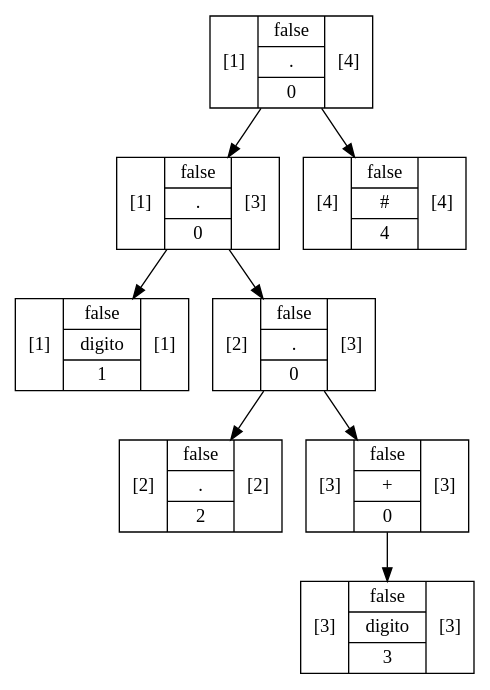
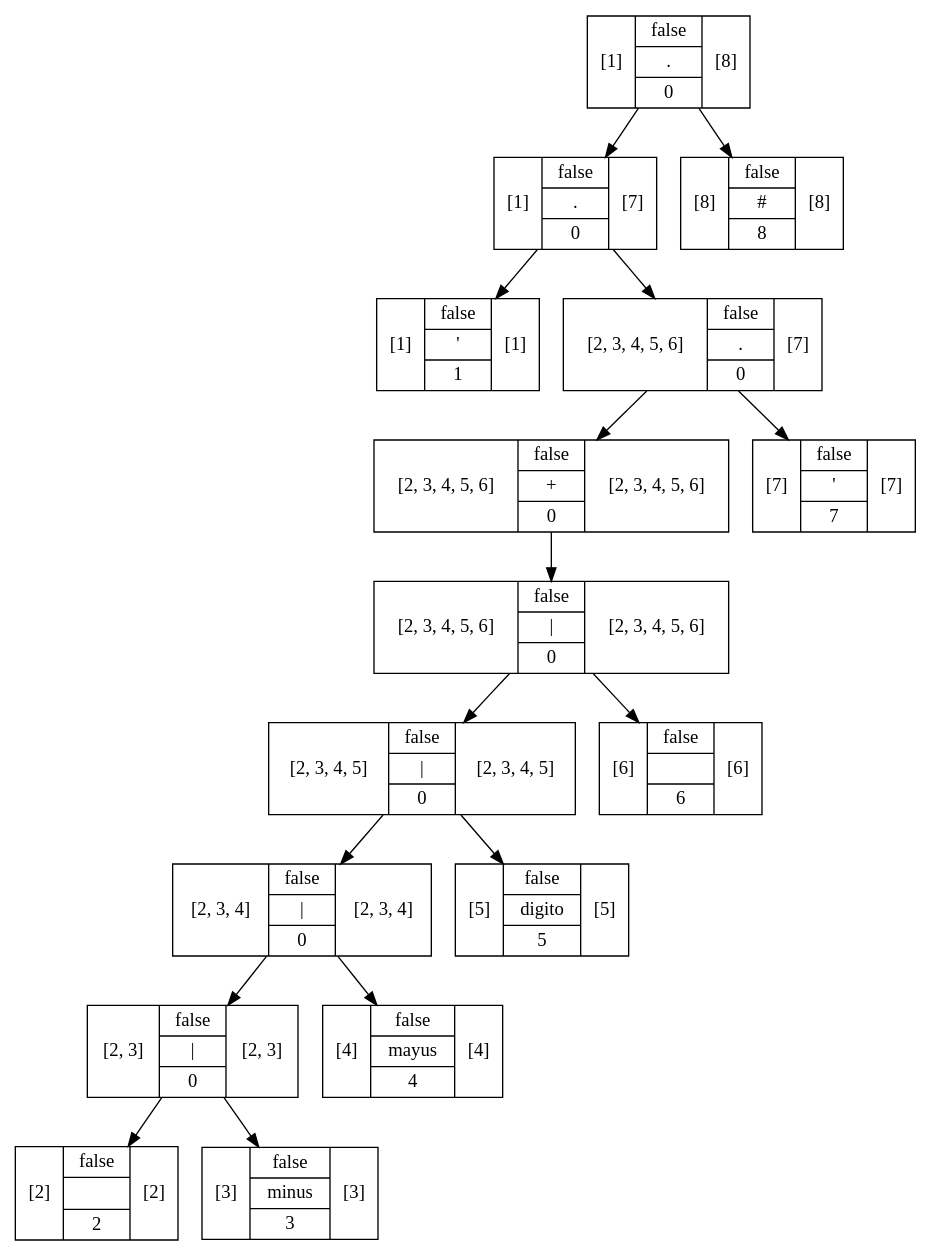
The diagram in src/Graphviz/Arbol11.dot (RojasCJP/Proyecto1_Compi1), drawn with Graphviz before and after one commit. The commit also changed 456 other files, not shown here.

```diff
--- a/src/Graphviz/Arbol11.dot
+++ b/src/Graphviz/Arbol11.dot
@@ -1,17 +1,33 @@
 digraph structs {
-    node [shape=record];ArbolNodoMetodo44193884[label="[1]|{false|{digito}|1}|[1]"];
-ArbolNodoMetodo1ba89efb[label="[2]|{false|{.}|2}|[2]"];
-ArbolNodoMetodo51fa13b7[label="[3]|{false|{digito}|3}|[3]"];
-ArbolNodoMetodo637c092d[label="[3]|{false|{+}|0}|[3]"];
-ArbolNodoMetodo637c092d -> ArbolNodoMetodo51fa13b7;
-ArbolNodoMetodo6eacd0de[label="[2]|{false|{.}|0}|[3]"];
-ArbolNodoMetodo6eacd0de -> ArbolNodoMetodo1ba89efb;
-ArbolNodoMetodo6eacd0de -> ArbolNodoMetodo637c092d;
-ArbolNodoMetodo31acd4b6[label="[1]|{false|{.}|0}|[3]"];
-ArbolNodoMetodo31acd4b6 -> ArbolNodoMetodo44193884;
-ArbolNodoMetodo31acd4b6 -> ArbolNodoMetodo6eacd0de;
-ArbolNodoMetodo30ca0e9f[label="[4]|{false|{#}|4}|[4]"];
-ArbolNodoMetodo33fc4cca[label="[1]|{false|{.}|0}|[4]"];
-ArbolNodoMetodo33fc4cca -> ArbolNodoMetodo31acd4b6;
-ArbolNodoMetodo33fc4cca -> ArbolNodoMetodo30ca0e9f;
+    node [shape=record];ArbolNodoMetodo7cd80546[label="[1]|{false|{\'}|1}|[1]"];
+ArbolNodoMetodo7d87d93f[label="[2]|{false|{\n}|2}|[2]"];
+ArbolNodoMetodo110969b1[label="[3]|{false|{minus}|3}|[3]"];
+ArbolNodoMetodo76e8d3d[label="[2, 3]|{false|{\|}|0}|[2, 3]"];
+ArbolNodoMetodo76e8d3d -> ArbolNodoMetodo7d87d93f;
+ArbolNodoMetodo76e8d3d -> ArbolNodoMetodo110969b1;
+ArbolNodoMetodo3b204aa3[label="[4]|{false|{mayus}|4}|[4]"];
+ArbolNodoMetodo782d32d9[label="[2, 3, 4]|{false|{\|}|0}|[2, 3, 4]"];
+ArbolNodoMetodo782d32d9 -> ArbolNodoMetodo76e8d3d;
+ArbolNodoMetodo782d32d9 -> ArbolNodoMetodo3b204aa3;
+ArbolNodoMetodo22b3888c[label="[5]|{false|{digito}|5}|[5]"];
+ArbolNodoMetodo51c7ee82[label="[2, 3, 4, 5]|{false|{\|}|0}|[2, 3, 4, 5]"];
+ArbolNodoMetodo51c7ee82 -> ArbolNodoMetodo782d32d9;
+ArbolNodoMetodo51c7ee82 -> ArbolNodoMetodo22b3888c;
+ArbolNodoMetodo680bc34b[label="[6]|{false|{ }|6}|[6]"];
+ArbolNodoMetodo79219f69[label="[2, 3, 4, 5, 6]|{false|{\|}|0}|[2, 3, 4, 5, 6]"];
+ArbolNodoMetodo79219f69 -> ArbolNodoMetodo51c7ee82;
+ArbolNodoMetodo79219f69 -> ArbolNodoMetodo680bc34b;
+ArbolNodoMetodo47688f29[label="[2, 3, 4, 5, 6]|{false|{+}|0}|[2, 3, 4, 5, 6]"];
+ArbolNodoMetodo47688f29 -> ArbolNodoMetodo79219f69;
+ArbolNodoMetodo29b5dab8[label="[7]|{false|{\'}|7}|[7]"];
+ArbolNodoMetodo1f12455e[label="[2, 3, 4, 5, 6]|{false|{.}|0}|[7]"];
+ArbolNodoMetodo1f12455e -> ArbolNodoMetodo47688f29;
+ArbolNodoMetodo1f12455e -> ArbolNodoMetodo29b5dab8;
+ArbolNodoMetodo6abd4b02[label="[1]|{false|{.}|0}|[7]"];
+ArbolNodoMetodo6abd4b02 -> ArbolNodoMetodo7cd80546;
+ArbolNodoMetodo6abd4b02 -> ArbolNodoMetodo1f12455e;
+ArbolNodoMetodo692f90bb[label="[8]|{false|{#}|8}|[8]"];
+ArbolNodoMetodo6e48f73c[label="[1]|{false|{.}|0}|[8]"];
+ArbolNodoMetodo6e48f73c -> ArbolNodoMetodo6abd4b02;
+ArbolNodoMetodo6e48f73c -> ArbolNodoMetodo692f90bb;
 }
```
